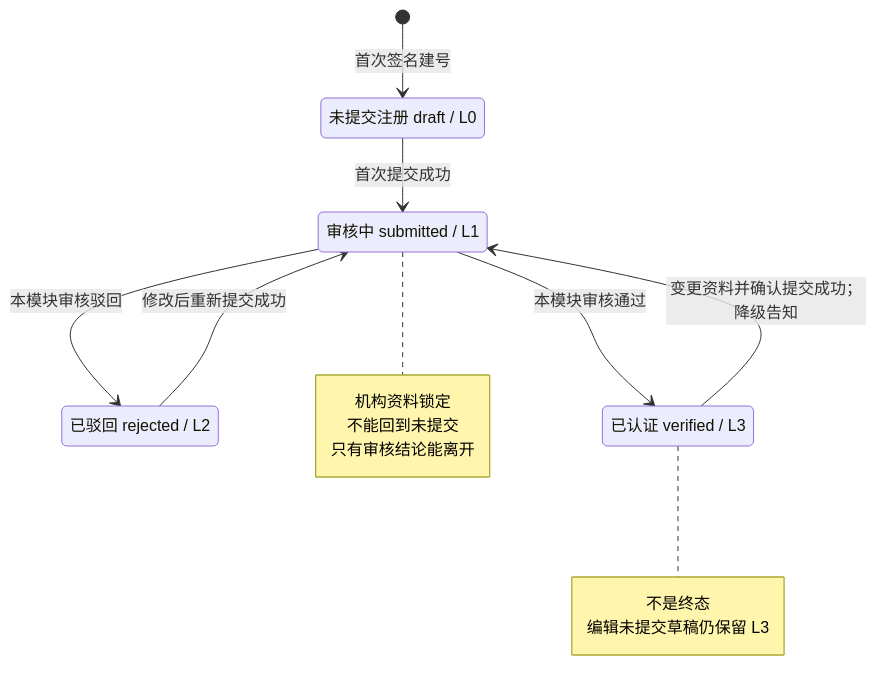
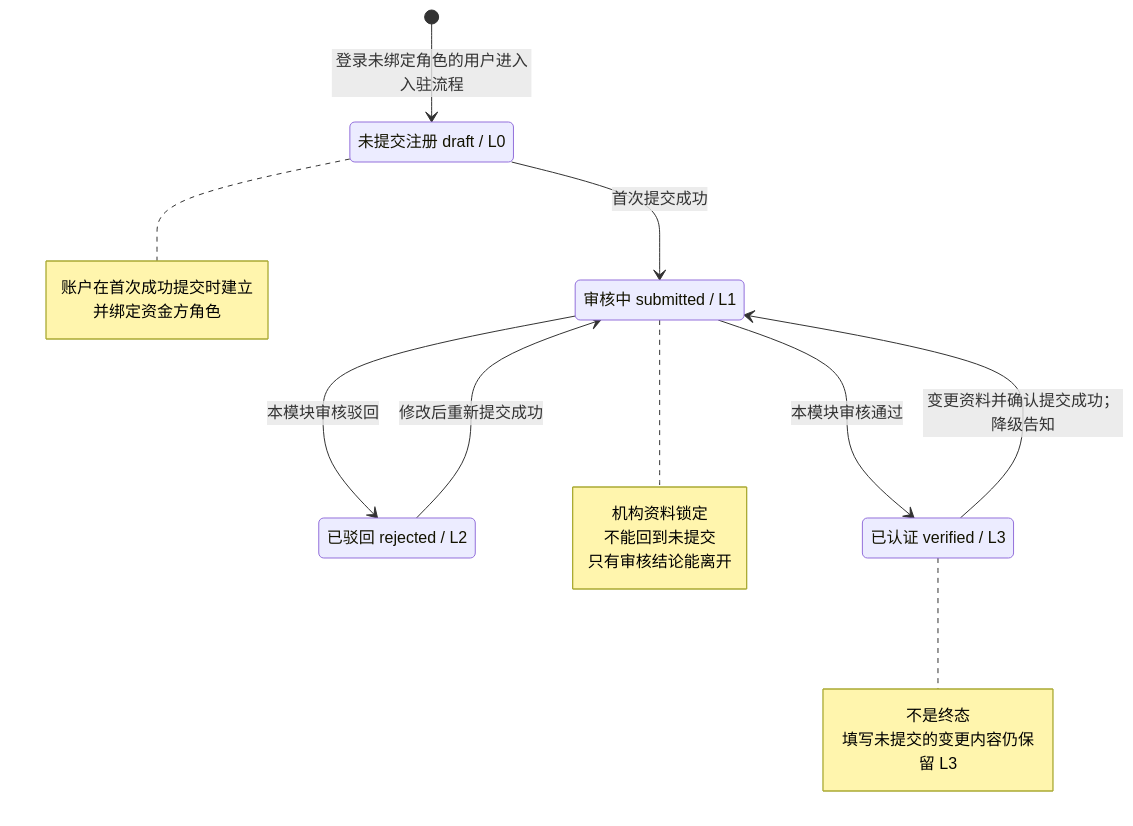
Before and after one commit to wxblockchain/Chain-Financing: the third of 6 diagrams in lending-platform/PRD/v2.0-资金方机构认证审核/02-资金方机构认证审核-流程图与状态机.md, drawn with Mermaid. The commit also changed other lines of this file and 2 other files, not shown here.

````diff
--- a/lending-platform/PRD/v2.0-资金方机构认证审核/02-资金方机构认证审核-流程图与状态机.md
+++ b/lending-platform/PRD/v2.0-资金方机构认证审核/02-资金方机构认证审核-流程图与状态机.md
@@ -99,22 +99,26 @@
 ```mermaid
 stateDiagram-v2
     state "未提交注册 draft / L0" as Draft
     state "审核中 submitted / L1" as Submitted
     state "已驳回 rejected / L2" as Rejected
     state "已认证 verified / L3" as Verified
-    [*] --> Draft: 首次签名建号
+    [*] --> Draft: 登录未绑定角色的用户进入入驻流程
     Draft --> Submitted: 首次提交成功
     Submitted --> Verified: 本模块审核通过
     Submitted --> Rejected: 本模块审核驳回
     Rejected --> Submitted: 修改后重新提交成功
     Verified --> Submitted: 变更资料并确认提交成功；降级告知
+    note right of Draft
+        账户在首次成功提交时建立
+        并绑定资金方角色
+    end note
     note right of Submitted
         机构资料锁定
         不能回到未提交
         只有审核结论能离开
     end note
     note right of Verified
         不是终态
-        编辑未提交草稿仍保留 L3
+        填写未提交的变更内容仍保留 L3
     end note
 ```
````
